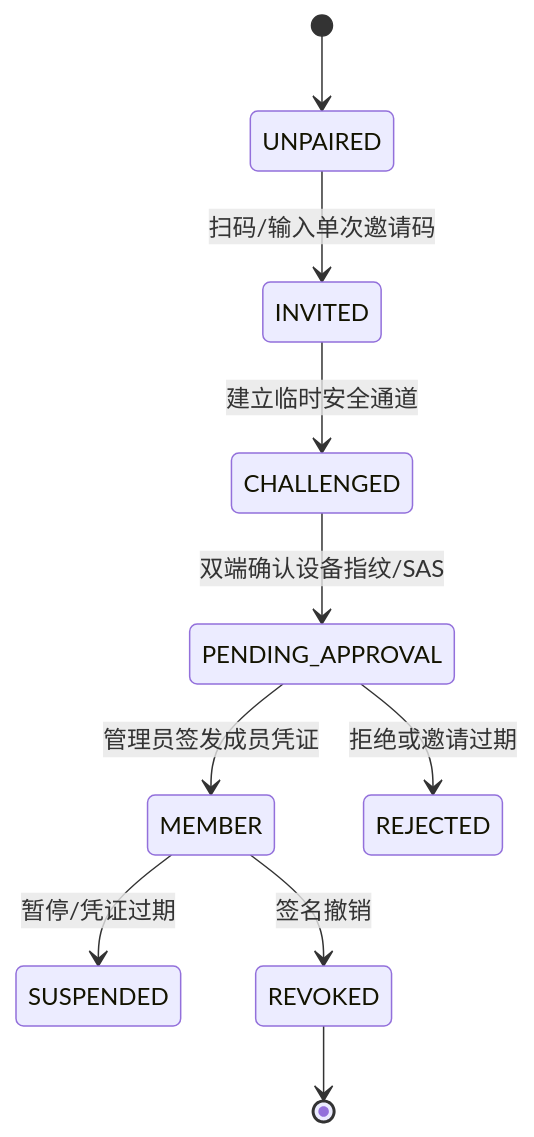
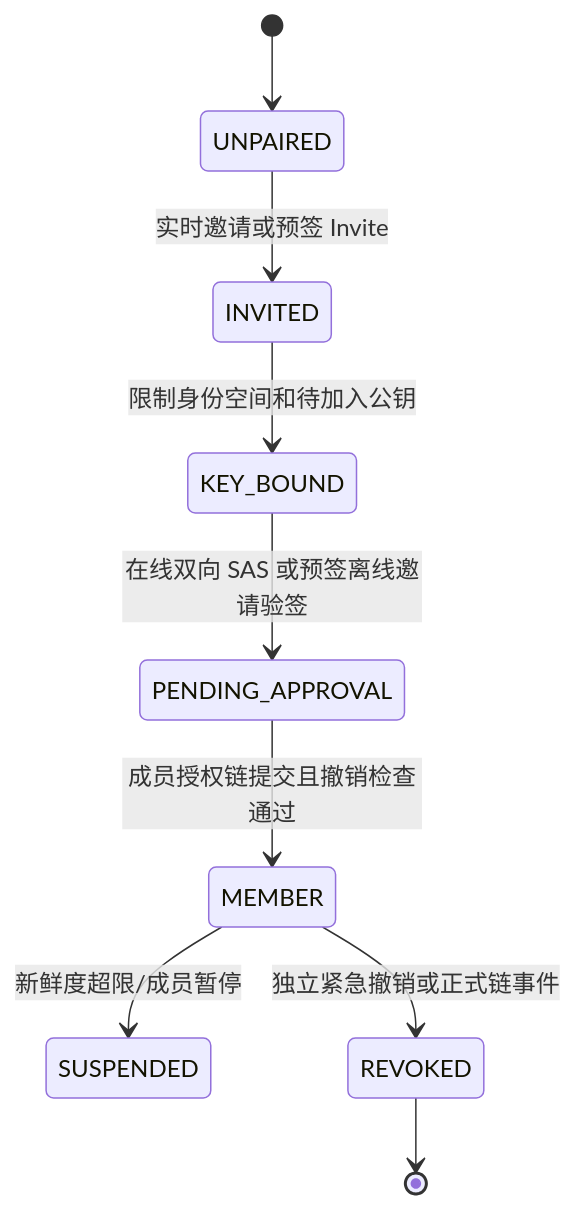
The fourth of 8 diagrams in docs/relayproxy-decentralized-peer-mesh-design.md (timwai/RelayProxy), drawn with Mermaid before and after one commit. The commit also changed other lines of this file, not shown here.

Commit message:
docs(mesh): update full architecture proposal to v1.2 after reviews

````diff
--- a/docs/relayproxy-decentralized-peer-mesh-design.md
+++ b/docs/relayproxy-decentralized-peer-mesh-design.md
@@ -245,12 +291,11 @@
 ```mermaid
 stateDiagram-v2
   [*] --> UNPAIRED
-  UNPAIRED --> INVITED: 扫码/输入单次邀请码
-  INVITED --> CHALLENGED: 建立临时安全通道
-  CHALLENGED --> PENDING_APPROVAL: 双端确认设备指纹/SAS
-  PENDING_APPROVAL --> MEMBER: 管理员签发成员凭证
-  PENDING_APPROVAL --> REJECTED: 拒绝或邀请过期
-  MEMBER --> SUSPENDED: 暂停/凭证过期
-  MEMBER --> REVOKED: 签名撤销
+  UNPAIRED --> INVITED: 实时邀请或预签 Invite
+  INVITED --> KEY_BOUND: 限制身份空间和待加入公钥
+  KEY_BOUND --> PENDING_APPROVAL: 在线双向 SAS 或预签离线邀请验签
+  PENDING_APPROVAL --> MEMBER: 成员授权链提交且撤销检查通过
+  MEMBER --> SUSPENDED: 新鲜度超限/成员暂停
+  MEMBER --> REVOKED: 独立紧急撤销或正式链事件
   REVOKED --> [*]
 ```
````
